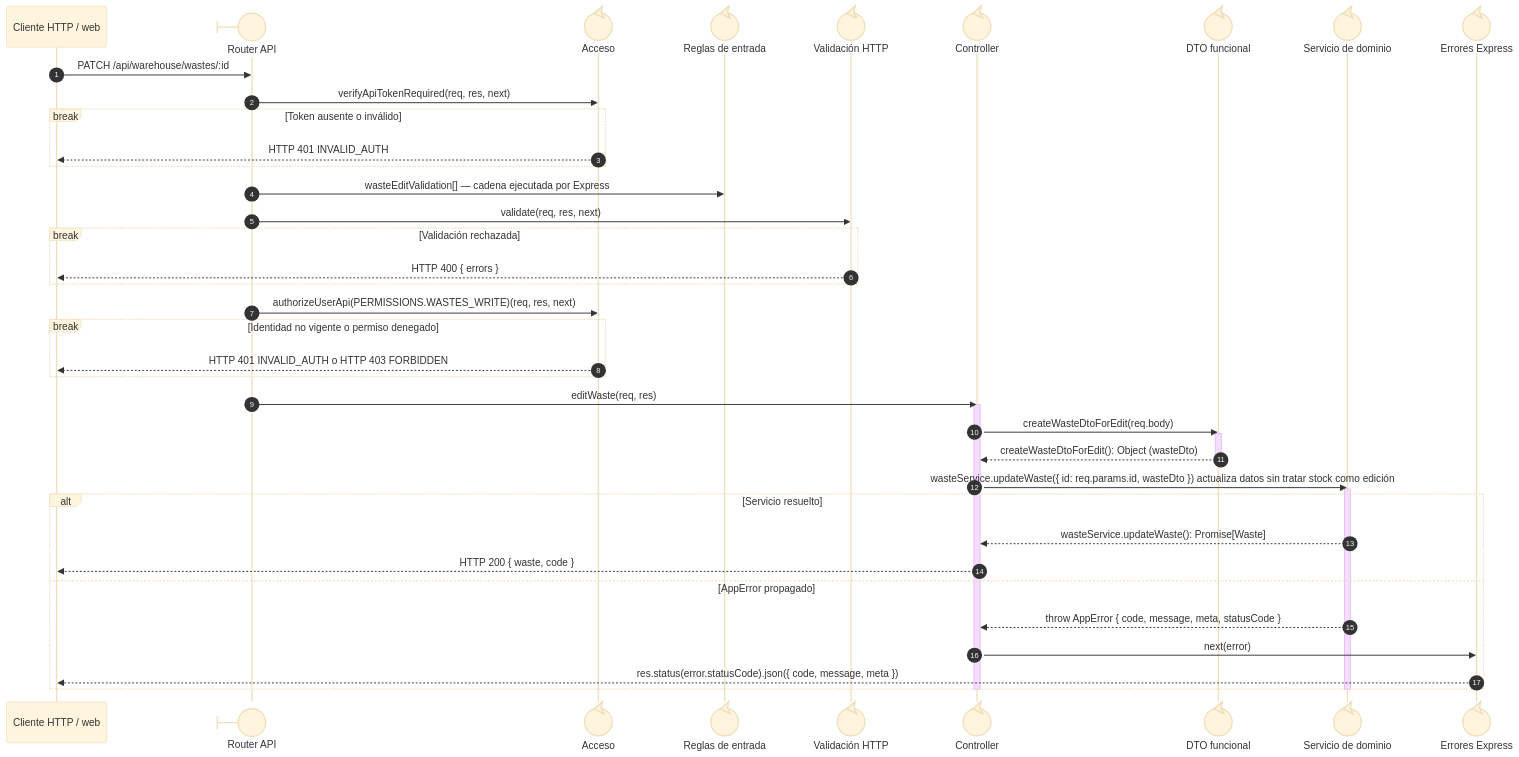
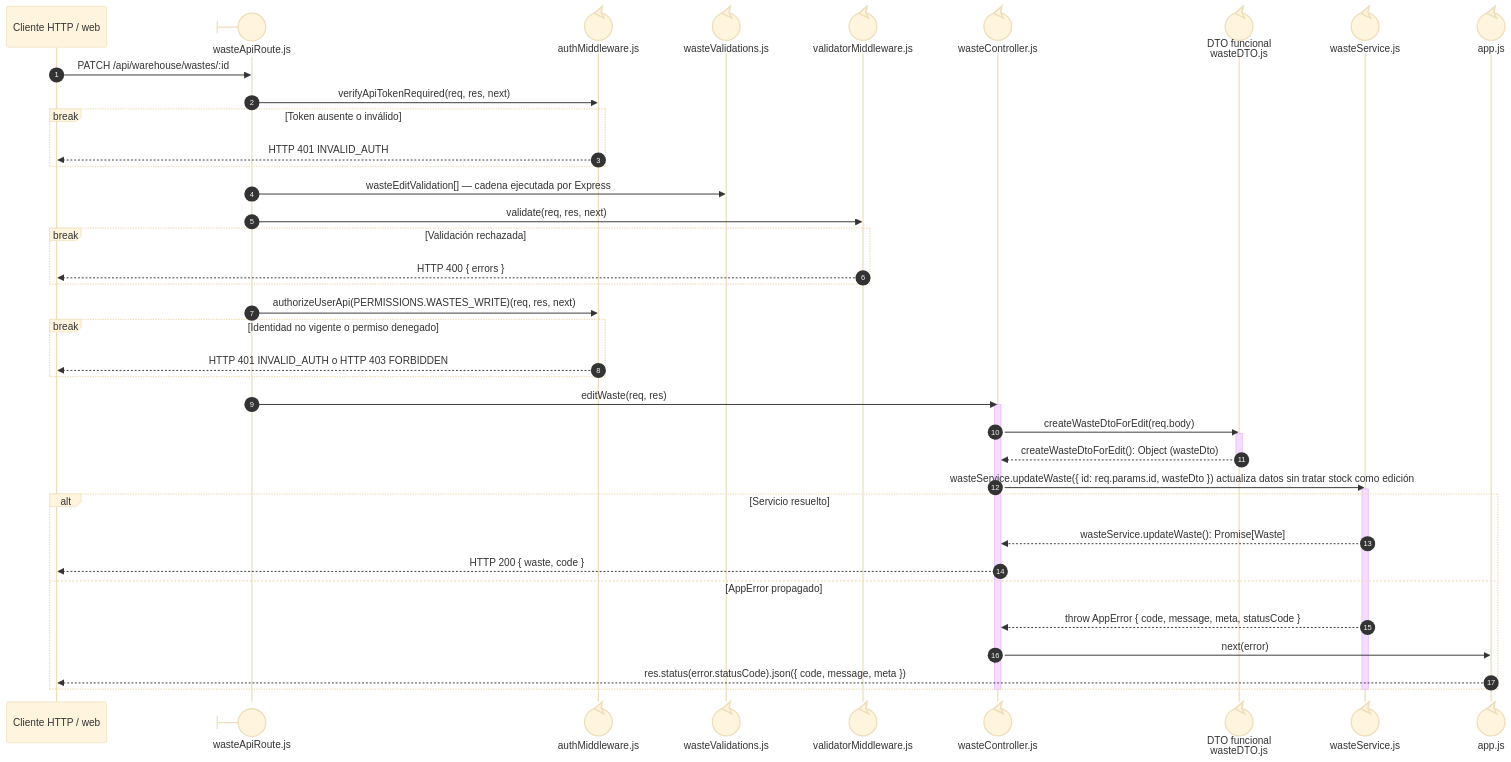
One commit to gpgsistemas01/nexus changed the diagram in docs/architecture/views/processes/backend-code-sequences/catalogs/cu-alm-11.md. Above: the diagram before and after it, drawn with Mermaid (base theme). The commit also changed other lines of this file and 192 other files, not shown here.

Commit message:
docs: make sequence file ownership explicit and align code flows

````diff
--- a/docs/architecture/views/processes/backend-code-sequences/catalogs/cu-alm-11.md
+++ b/docs/architecture/views/processes/backend-code-sequences/catalogs/cu-alm-11.md
@@ -26,46 +28,46 @@
 ```mermaid
 sequenceDiagram
     autonumber
     participant Client as Cliente HTTP / web
-    participant Route@{ "type": "boundary" } as Router API
-    participant Auth@{ "type": "control" } as Acceso
-    participant ValidationRules@{ "type": "control" } as Reglas de entrada
-    participant Validator@{ "type": "control" } as Validación HTTP
-    participant Controller@{ "type": "control" } as Controller
-    participant WasteDto@{ "type": "control" } as DTO funcional
-    participant Domain@{ "type": "control" } as Servicio de dominio
-    participant ErrorHandler@{ "type": "control" } as Errores Express
+    participant Route@{ "type": "boundary" } as wasteApiRoute.js
+    participant Auth@{ "type": "control" } as authMiddleware.js
+    participant ValidationRules@{ "type": "control" } as wasteValidations.js
+    participant Validator@{ "type": "control" } as validatorMiddleware.js
+    participant Controller@{ "type": "control" } as wasteController.js
+    participant WasteDto@{ "type": "control" } as DTO funcional<br/>wasteDTO.js
+    participant Domain@{ "type": "control" } as wasteService.js
+    participant ErrorHandler@{ "type": "control" } as app.js
 
     Client->>Route: PATCH /api/warehouse/wastes/:id
     Route->>Auth: verifyApiTokenRequired(req, res, next)
     break Token ausente o inválido
         Auth-->>Client: HTTP 401 INVALID_AUTH
     end
     Route->>ValidationRules: wasteEditValidation[] — cadena ejecutada por Express
     Route->>Validator: validate(req, res, next)
     break Validación rechazada
         Validator-->>Client: HTTP 400 { errors }
     end
     Route->>Auth: authorizeUserApi(PERMISSIONS.WASTES_WRITE)(req, res, next)
     break Identidad no vigente o permiso denegado
         Auth-->>Client: HTTP 401 INVALID_AUTH o HTTP 403 FORBIDDEN
     end
     Route->>Controller: editWaste(req, res)
     activate Controller
     Controller->>WasteDto: createWasteDtoForEdit(req.body)
     activate WasteDto
     WasteDto-->>Controller: createWasteDtoForEdit(): Object (wasteDto)
     deactivate WasteDto
     Controller->>Domain: wasteService.updateWaste({ id: req.params.id, wasteDto }) actualiza datos sin tratar stock como edición
     activate Domain
     alt Servicio resuelto
         Domain-->>Controller: wasteService.updateWaste(): Promise[Waste]
         Controller-->>Client: HTTP 200 { waste, code }
     else AppError propagado
         Domain-->>Controller: throw AppError { code, message, meta, statusCode }
         Controller->>ErrorHandler: next(error)
         ErrorHandler-->>Client: res.status(error.statusCode).json({ code, message, meta })
     end
     deactivate Domain
     deactivate Controller
 ```
````
